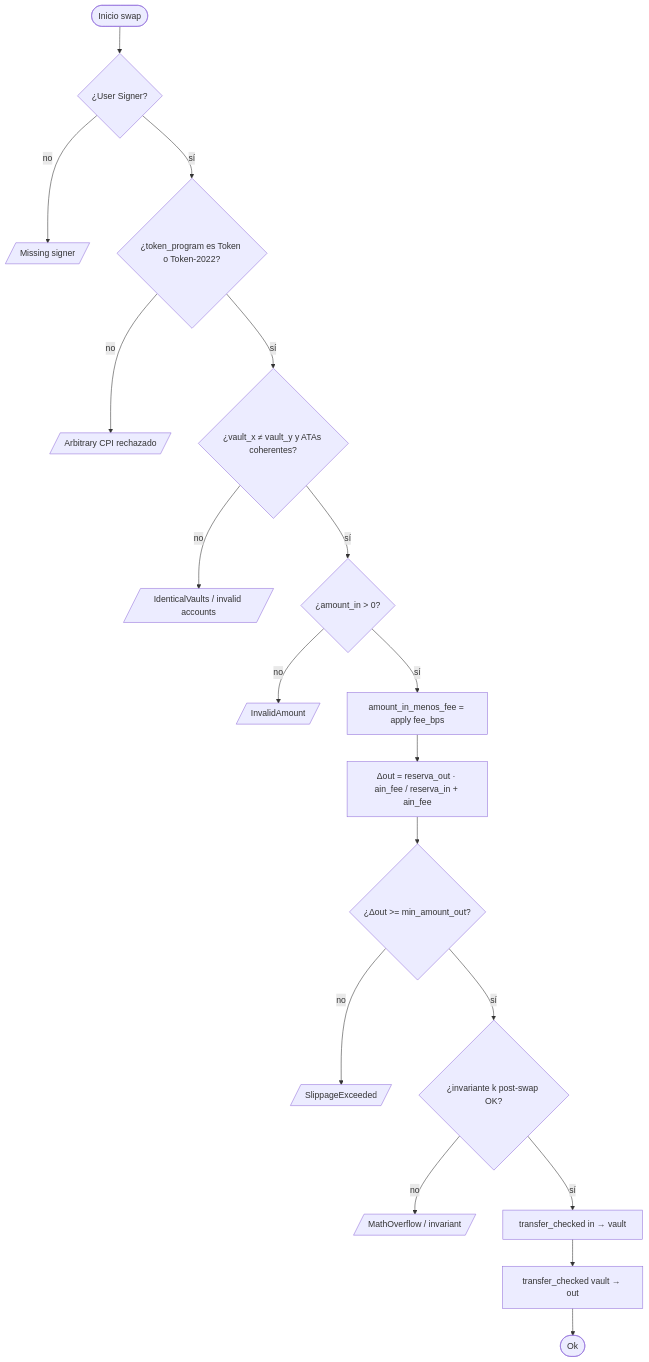
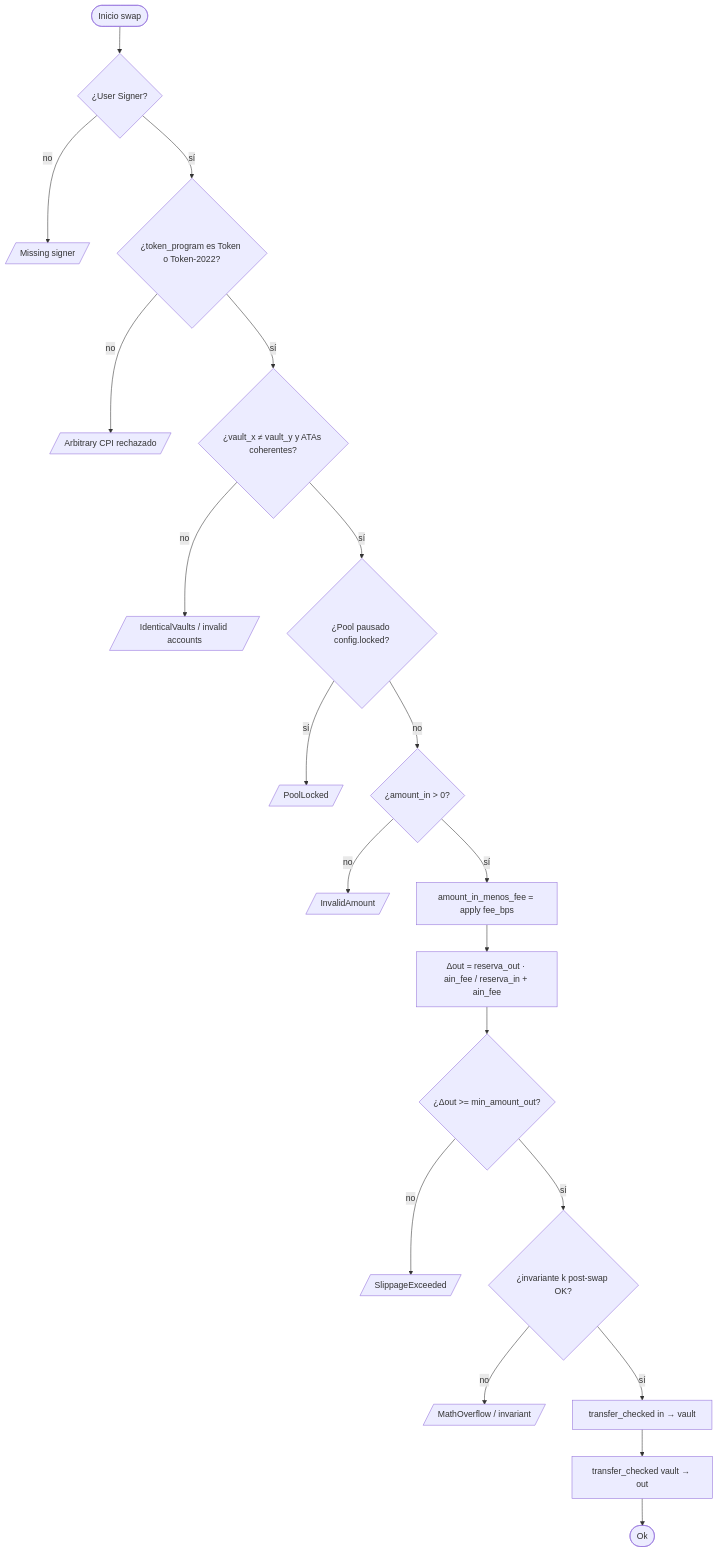
Before and after one commit to rastrahm/solana-amm-anchor: the fourth of 6 diagrams in doc/flujograma-ES.md, drawn with Mermaid. The commit also changed other lines of this file and 29 other files, not shown here.

````diff
--- a/doc/flujograma-ES.md
+++ b/doc/flujograma-ES.md
@@ -81,20 +89,22 @@
 ```mermaid
 flowchart TD
     A([Inicio swap]) --> B{¿User Signer?}
     B -->|no| E1[/Missing signer/]
     B -->|sí| C{¿token_program es Token o Token-2022?}
     C -->|no| E2[/Arbitrary CPI rechazado/]
     C -->|sí| D{¿vault_x ≠ vault_y y ATAs coherentes?}
     D -->|no| E3[/IdenticalVaults / invalid accounts/]
-    D -->|sí| E{¿amount_in > 0?}
+    D -->|sí| PL{¿Pool pausado config.locked?}
+    PL -->|sí| E7[/PoolLocked/]
+    PL -->|no| E{¿amount_in > 0?}
     E -->|no| E4[/InvalidAmount/]
     E -->|sí| F[amount_in_menos_fee = apply fee_bps]
     F --> G[Δout = reserva_out · ain_fee / reserva_in + ain_fee]
     G --> H{¿Δout >= min_amount_out?}
     H -->|no| E5[/SlippageExceeded/]
     H -->|sí| I{¿invariante k post-swap OK?}
     I -->|no| E6[/MathOverflow / invariant/]
     I -->|sí| J[transfer_checked in → vault]
     J --> K[transfer_checked vault → out]
     K --> L([Ok])
 ```
````
